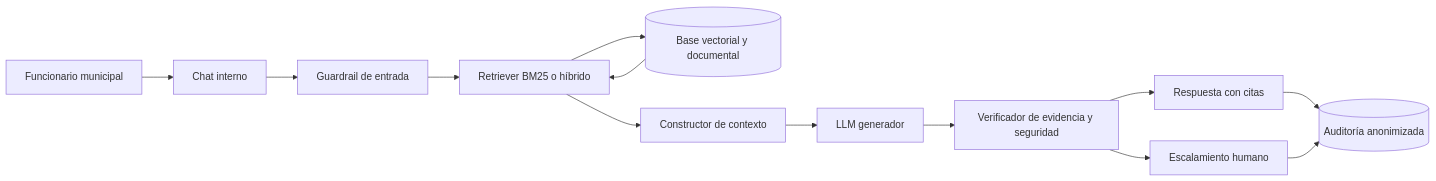
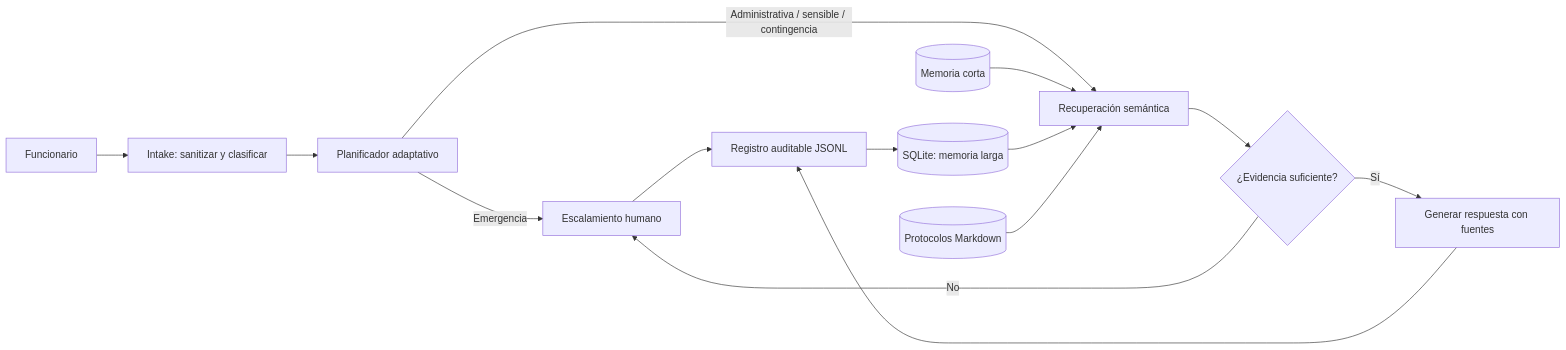
One commit to gonzalocastillo1483-art/caso_llm_rag_salud_municipal changed the diagram in docs/arquitectura.mmd. Above: the diagram before and after it, drawn with Mermaid. The commit also changed 25 other files, not shown here.

```diff
--- a/docs/arquitectura.mmd
+++ b/docs/arquitectura.mmd
@@ -1,13 +1,14 @@
 flowchart LR
-    U[Funcionario municipal] --> UI[Chat interno]
-    UI --> G1[Guardrail de entrada]
-    G1 --> R[Retriever BM25 o híbrido]
-    R --> V[(Base vectorial y documental)]
-    V --> R
-    R --> C[Constructor de contexto]
-    C --> L[LLM generador]
-    L --> G2[Verificador de evidencia y seguridad]
-    G2 --> A[Respuesta con citas]
-    G2 --> H[Escalamiento humano]
-    A --> LOG[(Auditoría anonimizada)]
-    H --> LOG
+    U[Funcionario] --> I[Intake: sanitizar y clasificar]
+    I --> P[Planificador adaptativo]
+    P -->|Emergencia| E[Escalamiento humano]
+    P -->|Administrativa / sensible / contingencia| R[Recuperación semántica]
+    STM[(Memoria corta)] --> R
+    LTM[(SQLite: memoria larga)] --> R
+    KB[(Protocolos Markdown)] --> R
+    R --> D{¿Evidencia suficiente?}
+    D -->|Sí| G[Generar respuesta con fuentes]
+    D -->|No| E
+    G --> A[Registro auditable JSONL]
+    E --> A
+    A --> LTM
```
